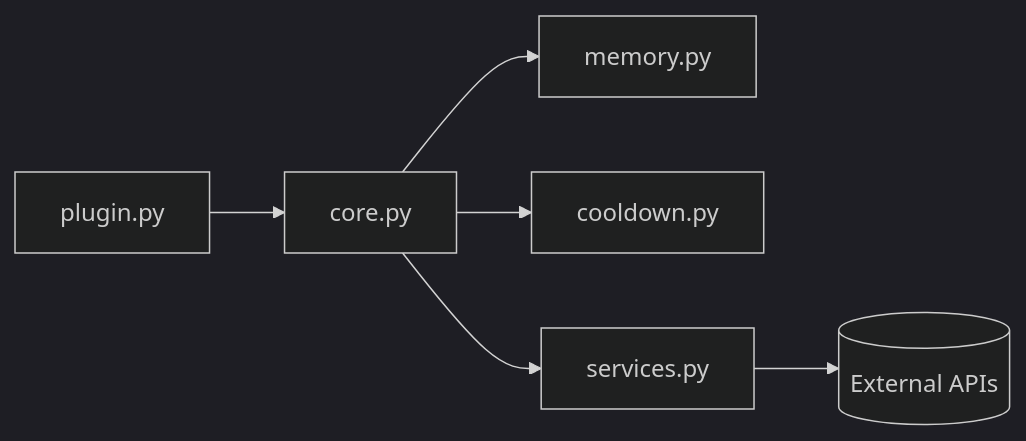
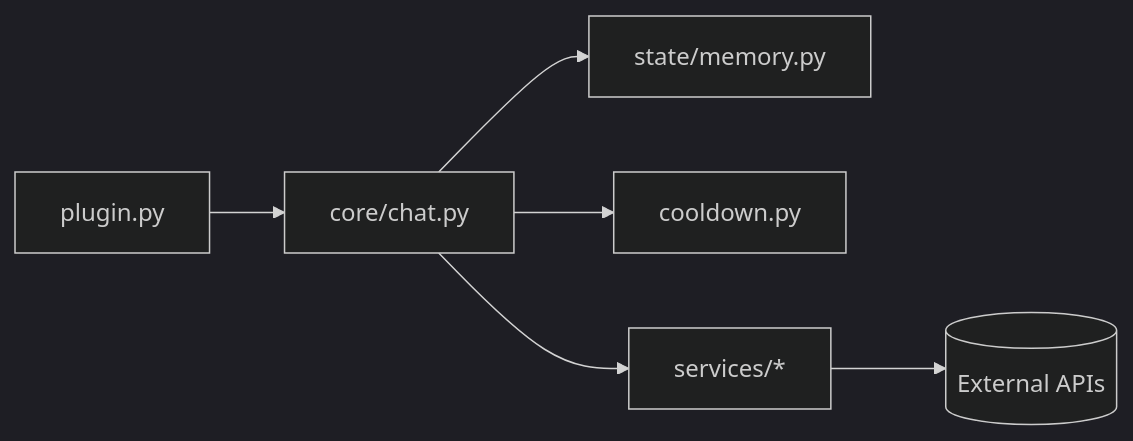
The third of 6 diagrams in docs/architecture.md (Alcheri/Limnoria-plugins), drawn with Mermaid (dark theme) before and after one commit. The commit also changed other lines of this file and 21 other files, not shown here.

````diff
--- a/docs/architecture.md
+++ b/docs/architecture.md
@@ -68,15 +68,15 @@
 ```mermaid
 flowchart LR
     Plugin[plugin.py]
-    Core[core.py]
-    Memory[memory.py]
+    Core[core/chat.py]
+    Memory[state/memory.py]
     Cooldown[cooldown.py]
-    Services[services.py]
+    Services[services/*]
     External[(External APIs)]
 
     Plugin --> Core
     Core --> Memory
     Core --> Cooldown
     Core --> Services
     Services --> External
 ```
````
